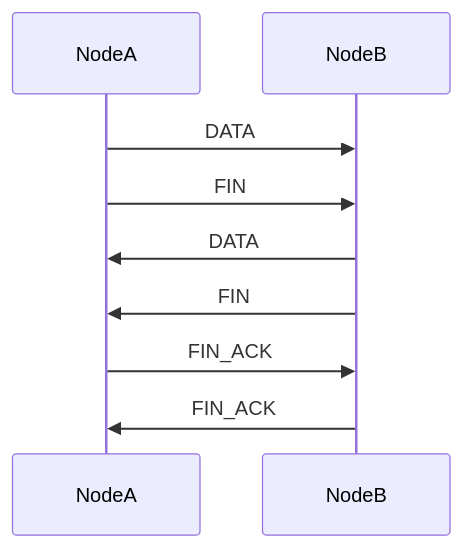
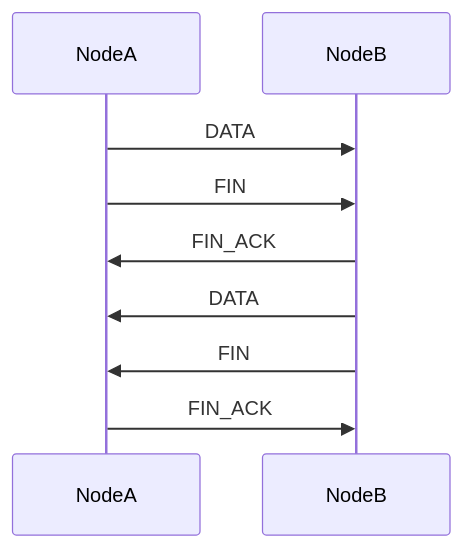
One commit to libp2p/specs changed the diagram in webrtc/README.md. Above: the diagram before and after it, drawn with Mermaid. The commit also changed other lines of this file, not shown here.

````diff
--- a/webrtc/README.md
+++ b/webrtc/README.md
@@ -202,9 +197,9 @@
 ```mermaid
 sequenceDiagram
     NodeA->>NodeB: DATA
     NodeA->>NodeB: FIN
+    NodeB->>NodeA: FIN_ACK
     NodeB->>NodeA: DATA
     NodeB->>NodeA: FIN
     NodeA->>NodeB: FIN_ACK
-    NodeB->>NodeA: FIN_ACK
 ```
````
